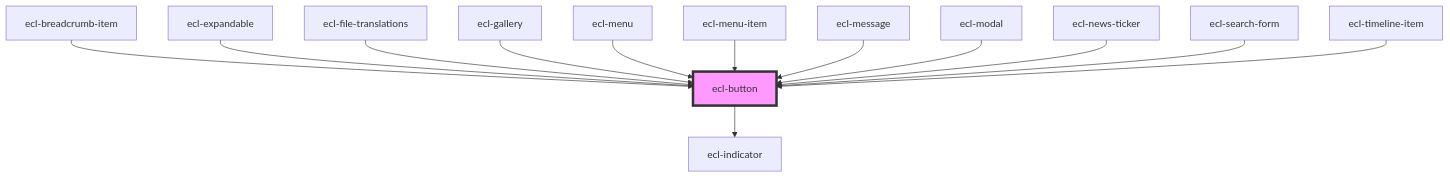
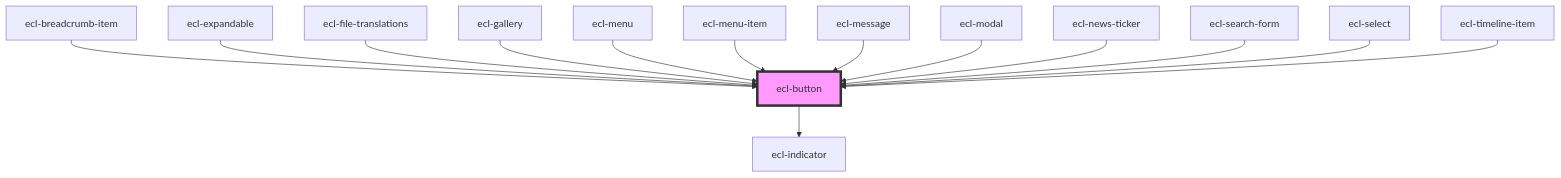
The diagram in src/components/ecl-button/readme.md (ec-europa/ecl-webcomponents), drawn with Mermaid before and after one commit. The commit also changed other lines of this file and 77 other files, not shown here.

````diff
--- a/src/components/ecl-button/readme.md
+++ b/src/components/ecl-button/readme.md
@@ -43,16 +44,17 @@
 ```mermaid
 graph TD;
   ecl-button --> ecl-indicator
   ecl-breadcrumb-item --> ecl-button
   ecl-expandable --> ecl-button
   ecl-file-translations --> ecl-button
   ecl-gallery --> ecl-button
   ecl-menu --> ecl-button
   ecl-menu-item --> ecl-button
   ecl-message --> ecl-button
   ecl-modal --> ecl-button
   ecl-news-ticker --> ecl-button
   ecl-search-form --> ecl-button
+  ecl-select --> ecl-button
   ecl-timeline-item --> ecl-button
   style ecl-button fill:#f9f,stroke:#333,stroke-width:4px
 ```
````
